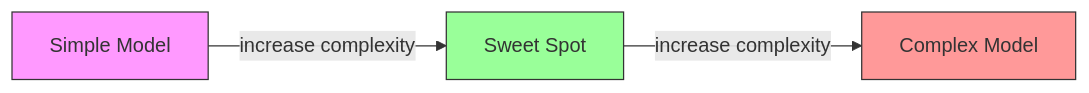
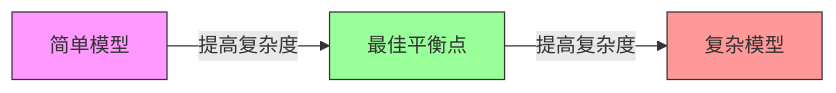
Before and after one commit to huangyue12120/Learning-Atlas: the first of 5 diagrams in content/translations/practice/02-ml-fundamentals/10-bias-variance/zh.md, drawn with Mermaid. The commit also changed other lines of this file and 24 other files, not shown here.

Commit message:
fix(reader): localize Mermaid in source content

````diff
--- a/content/translations/practice/02-ml-fundamentals/10-bias-variance/zh.md
+++ b/content/translations/practice/02-ml-fundamentals/10-bias-variance/zh.md
@@ -88,9 +88,9 @@
 ```mermaid
 graph LR
-    A[Simple Model] -->|increase complexity| B[Sweet Spot]
-    B -->|increase complexity| C[Complex Model]
+    A[简单模型] -->|提高复杂度| B[最佳平衡点]
+    B -->|提高复杂度| C[复杂模型]
 
     style A fill:#f9f,stroke:#333
     style B fill:#9f9,stroke:#333
     style C fill:#f99,stroke:#333
 ```
````
